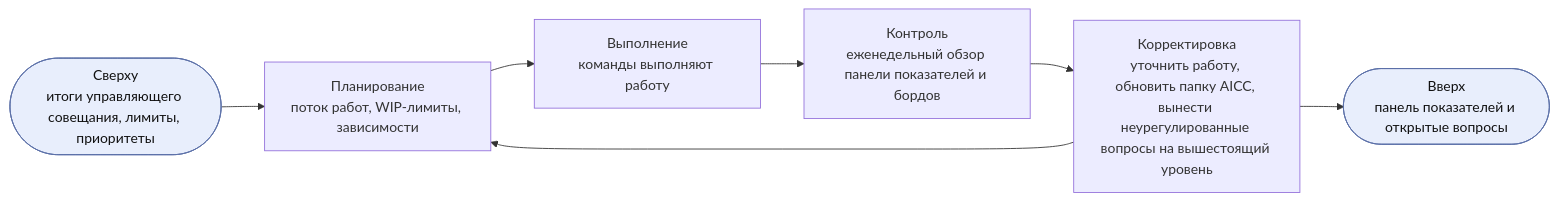
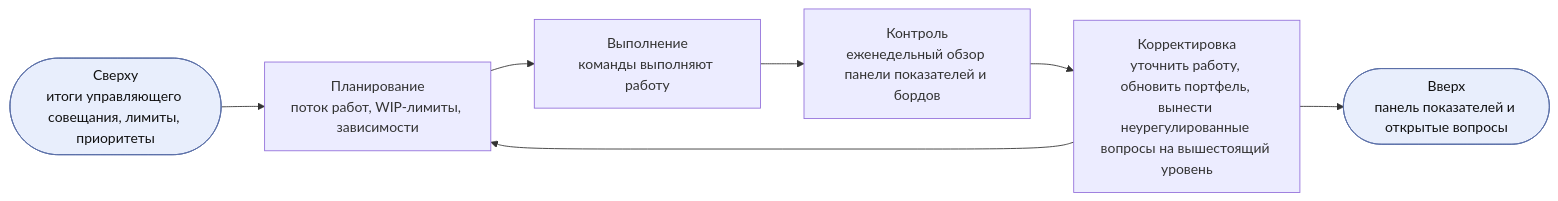
Before and after one commit to devhogu/ob-aicc: the fifth of 8 diagrams in charter/ru/documents/operating-model.md, drawn with Mermaid. The commit also changed other lines of this file and 365 other files, not shown here.

````diff
--- a/charter/ru/documents/operating-model.md
+++ b/charter/ru/documents/operating-model.md
@@ -224,7 +224,7 @@
 ```mermaid
 flowchart LR
   IN(["Сверху<br/>итоги управляющего совещания, лимиты, приоритеты"]):::iface --> P
-  P["Планирование<br/>поток работ, WIP-лимиты, зависимости"] --> D["Выполнение<br/>команды выполняют работу"] --> C["Контроль<br/>еженедельный обзор панели показателей и бордов"] --> A["Корректировка<br/>уточнить работу, обновить папку AICC, вынести неурегулированные вопросы на вышестоящий уровень"] --> P
+  P["Планирование<br/>поток работ, WIP-лимиты, зависимости"] --> D["Выполнение<br/>команды выполняют работу"] --> C["Контроль<br/>еженедельный обзор панели показателей и бордов"] --> A["Корректировка<br/>уточнить работу, обновить портфель, вынести неурегулированные вопросы на вышестоящий уровень"] --> P
   A --> UP(["Вверх<br/>панель показателей и открытые вопросы"]):::iface
   classDef iface fill:#e8eefc,stroke:#5a6fa8,color:#111
 ```
````
